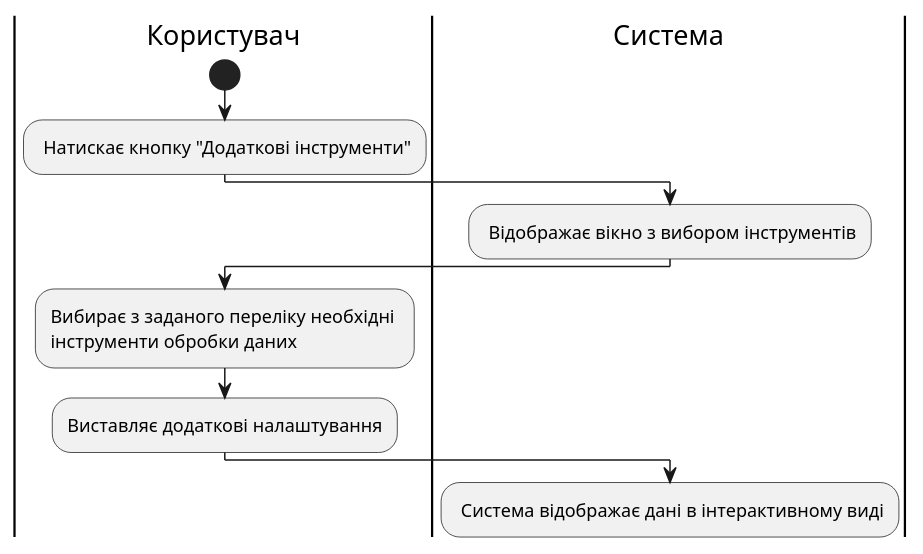
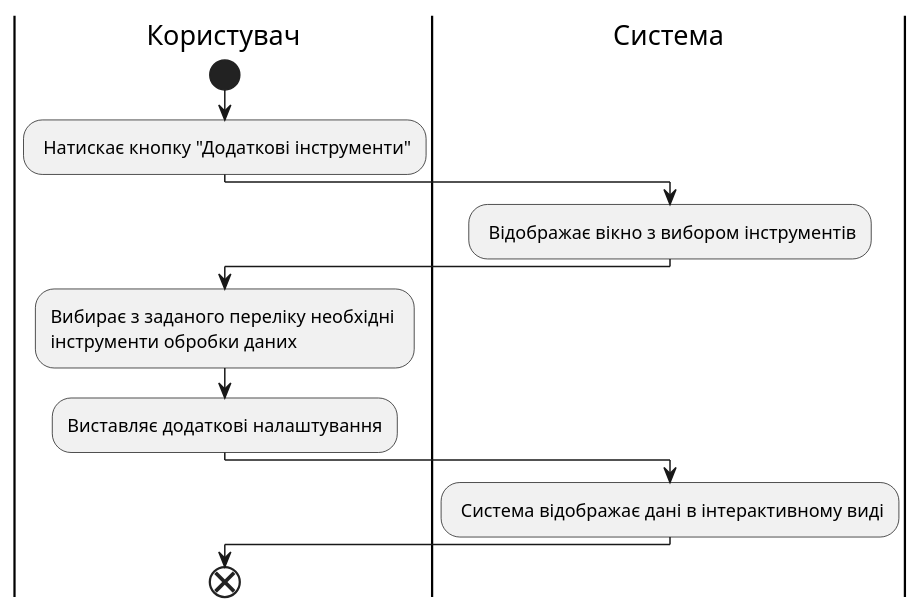
Before and after one commit to anrikolo/obd: the diagram in src/uml/UC_2.1.puml, drawn with PlantUML.

```diff
--- a/src/uml/UC_2.1.puml
+++ b/src/uml/UC_2.1.puml
@@ -1,13 +1,15 @@
 @startuml
 
 |Користувач|
         start
         : Натискає кнопку "Додаткові інструменти";
     |Система|
         : Відображає вікно з вибором інструментів;
     |Користувач|
         :Вибирає з заданого переліку необхідні \nінструменти обробки даних;
         :Виставляє додаткові налаштування;
     |Система|
         : Система відображає дані в інтерактивному виді;
+    |Користувач|
+        end
 @enduml
```
